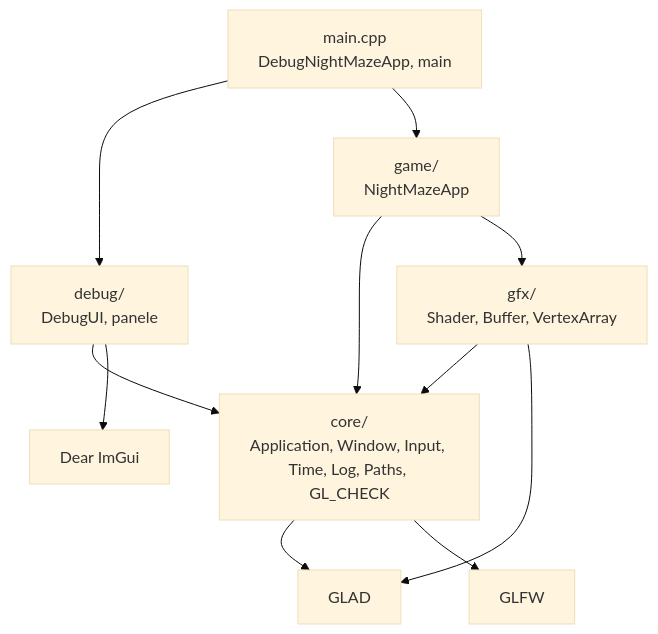
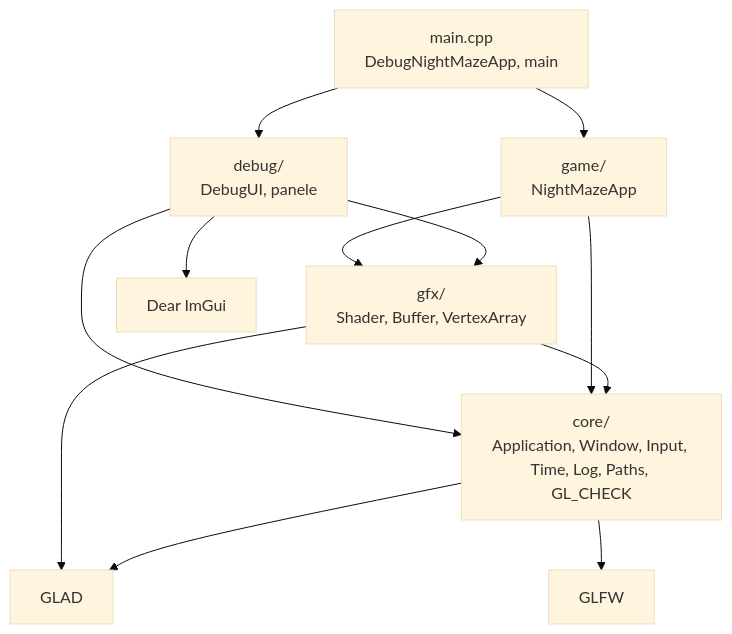
The third of 4 diagrams in docs/modules/gfx/README.md (Shironex/night-maze), drawn with Mermaid (base theme) before and after one commit. The commit also changed other lines of this file and 22 other files, not shown here.

````diff
--- a/docs/modules/gfx/README.md
+++ b/docs/modules/gfx/README.md
@@ -103,13 +103,14 @@
 ```mermaid
 flowchart TD
     Main["main.cpp<br/>DebugNightMazeApp, main"] --> Debug["debug/<br/>DebugUI, panele"]
     Main --> Game["game/<br/>NightMazeApp"]
     Debug --> Core["core/<br/>Application, Window, Input, Time, Log, Paths, GL_CHECK"]
     Game --> Core
     Game --> Gfx
+    Debug --> Gfx
     Gfx["gfx/<br/>Shader, Buffer, VertexArray"] --> Core
     Gfx --> Glad["GLAD"]
     Core --> Glad
     Core --> Glfw["GLFW"]
     Debug --> ImGui["Dear ImGui"]
 ```
````
